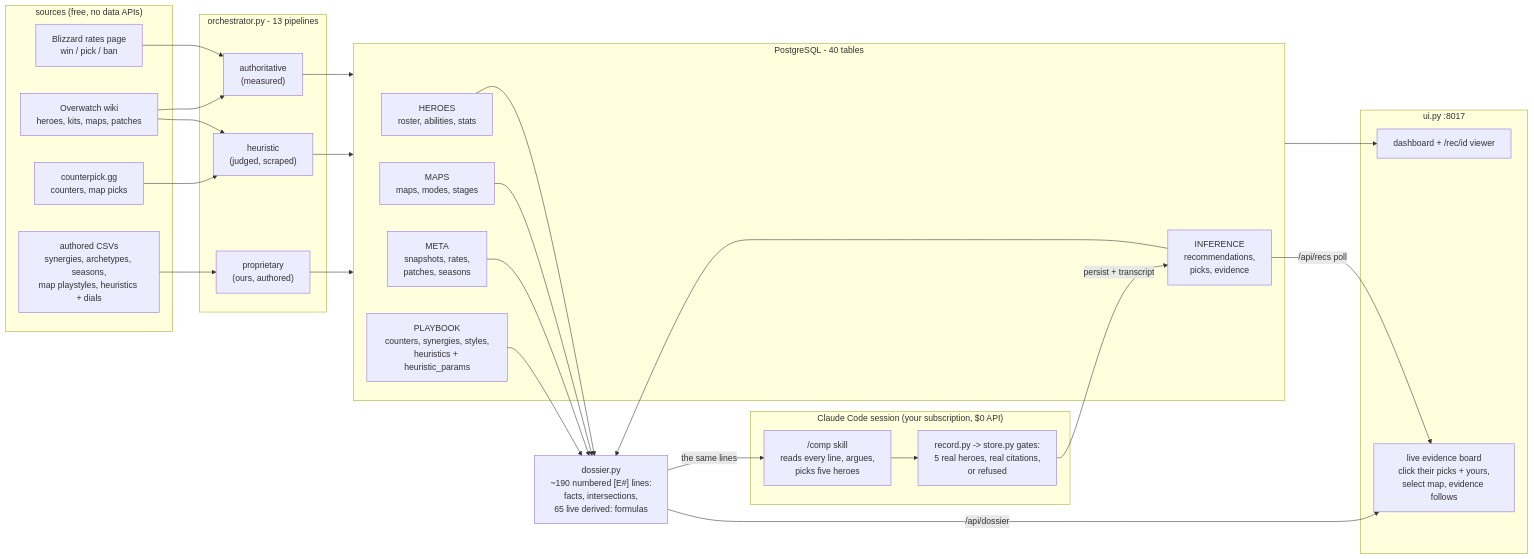
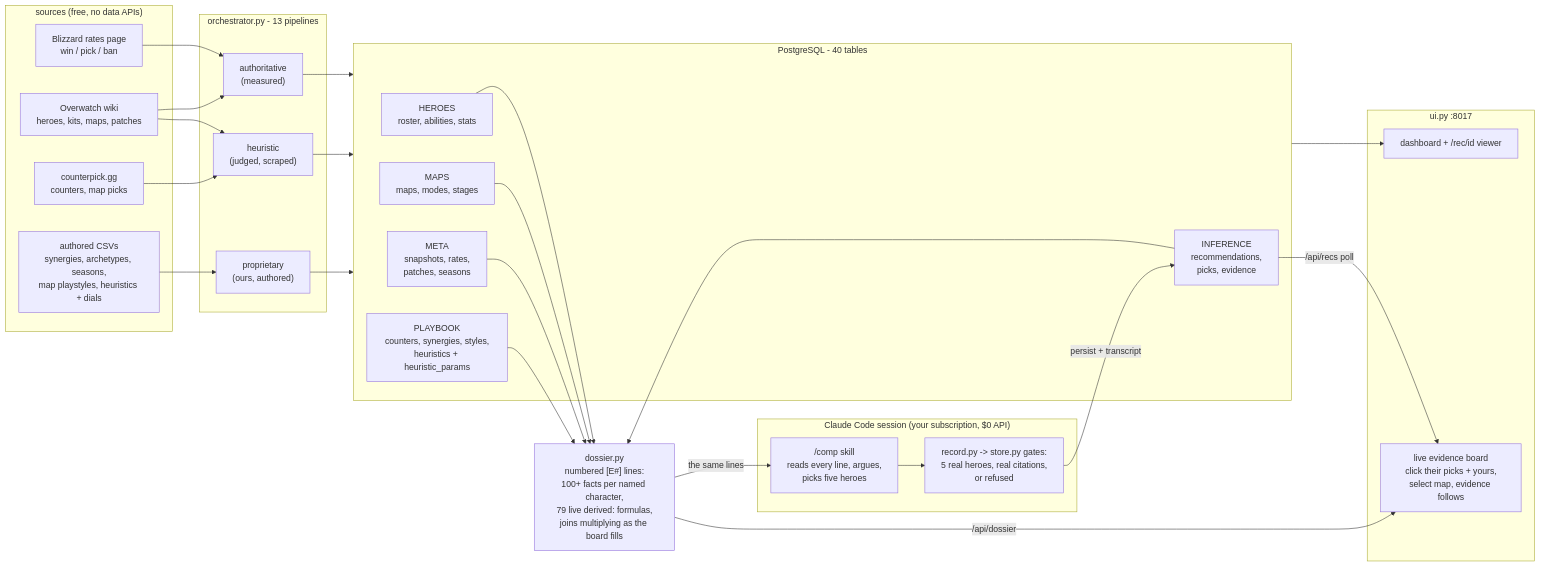
Before and after one commit to mmikol/counter-utility-matrix: the first of 5 diagrams in docs/architecture.md, drawn with Mermaid. The commit also changed other lines of this file and 8 other files, not shown here.

````diff
--- a/docs/architecture.md
+++ b/docs/architecture.md
@@ -13,51 +13,51 @@
 ```mermaid
 flowchart LR
     subgraph SOURCES["sources (free, no data APIs)"]
         BLZ["Blizzard rates page<br/>win / pick / ban"]
         WIKI["Overwatch wiki<br/>heroes, kits, maps, patches"]
         CPK["counterpick.gg<br/>counters, map picks"]
         CSV["authored CSVs<br/>synergies, archetypes, seasons,<br/>map playstyles, heuristics + dials"]
     end
 
     subgraph PIPE["orchestrator.py - 13 pipelines"]
         AUTH["authoritative<br/>(measured)"]
         HEUR["heuristic<br/>(judged, scraped)"]
         PROP["proprietary<br/>(ours, authored)"]
     end
 
     subgraph PG["PostgreSQL - 40 tables"]
         HEROES["HEROES<br/>roster, abilities, stats"]
         MAPS["MAPS<br/>maps, modes, stages"]
         META["META<br/>snapshots, rates,<br/>patches, seasons"]
         PLAY["PLAYBOOK<br/>counters, synergies, styles,<br/>heuristics + heuristic_params"]
         INF["INFERENCE<br/>recommendations,<br/>picks, evidence"]
     end
 
-    DOS["dossier.py<br/>~190 numbered [E#] lines:<br/>facts, intersections,<br/>65 live derived: formulas"]
+    DOS["dossier.py<br/>numbered [E#] lines:<br/>100+ facts per named character,<br/>79 live derived: formulas,<br/>joins multiplying as the board fills"]
 
     subgraph CHAT["Claude Code session (your subscription, $0 API)"]
         SKILL["/comp skill<br/>reads every line, argues,<br/>picks five heroes"]
         REC["record.py -> store.py gates:<br/>5 real heroes, real citations,<br/>or refused"]
     end
 
     subgraph UIBOX["ui.py :8017"]
         BOARD["live evidence board<br/>click their picks + yours,<br/>select map, evidence follows"]
         DASH["dashboard + /rec/id viewer"]
     end
 
     BLZ --> AUTH
     WIKI --> AUTH
     WIKI --> HEUR
     CPK --> HEUR
     CSV --> PROP
     AUTH --> PG
     HEUR --> PG
     PROP --> PG
     HEROES & MAPS & META & PLAY & INF --> DOS
     DOS -->|"the same lines"| SKILL
     DOS -->|"/api/dossier"| BOARD
     SKILL --> REC
     REC -->|"persist + transcript"| INF
     INF -->|"/api/recs poll"| BOARD
     PG --> DASH
 ```
````
